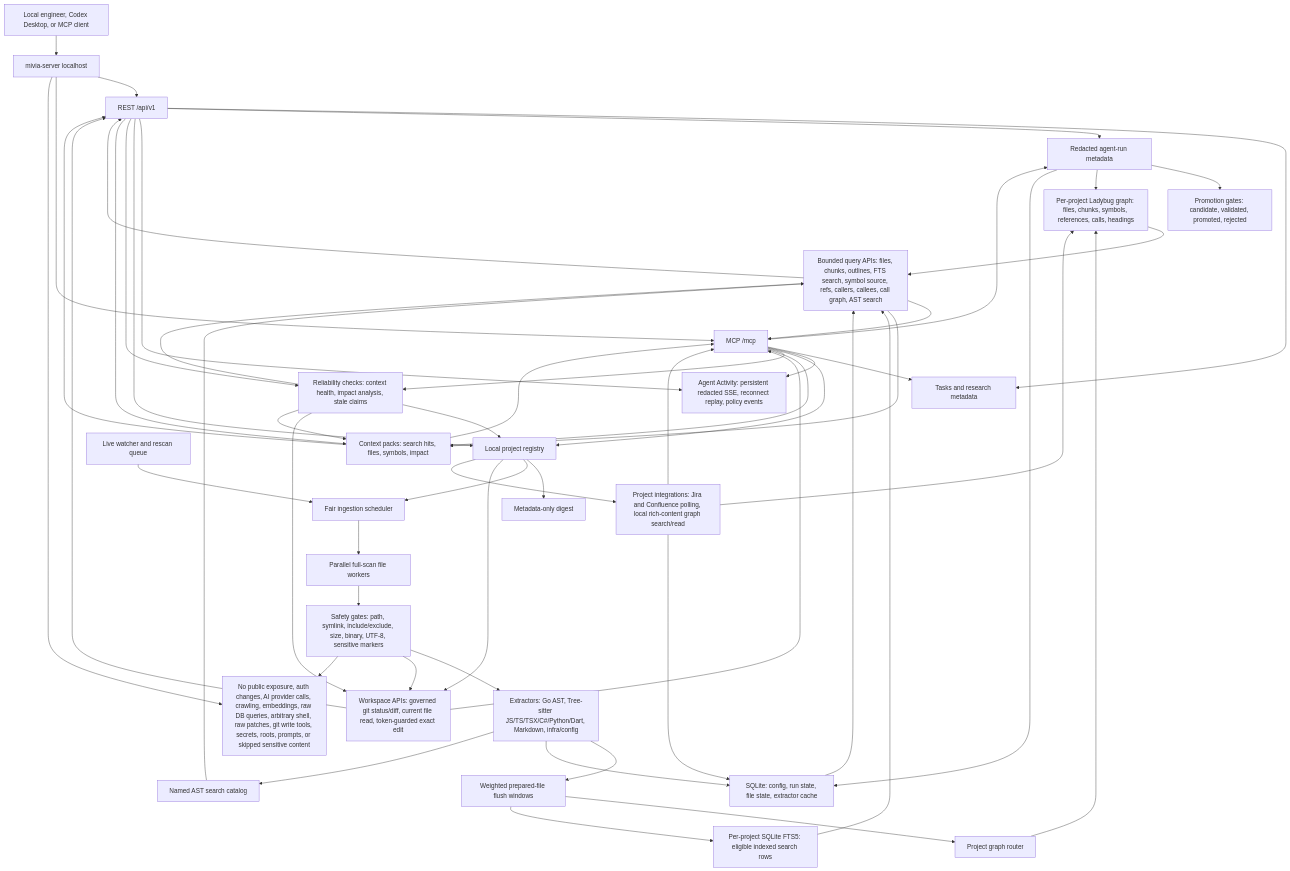
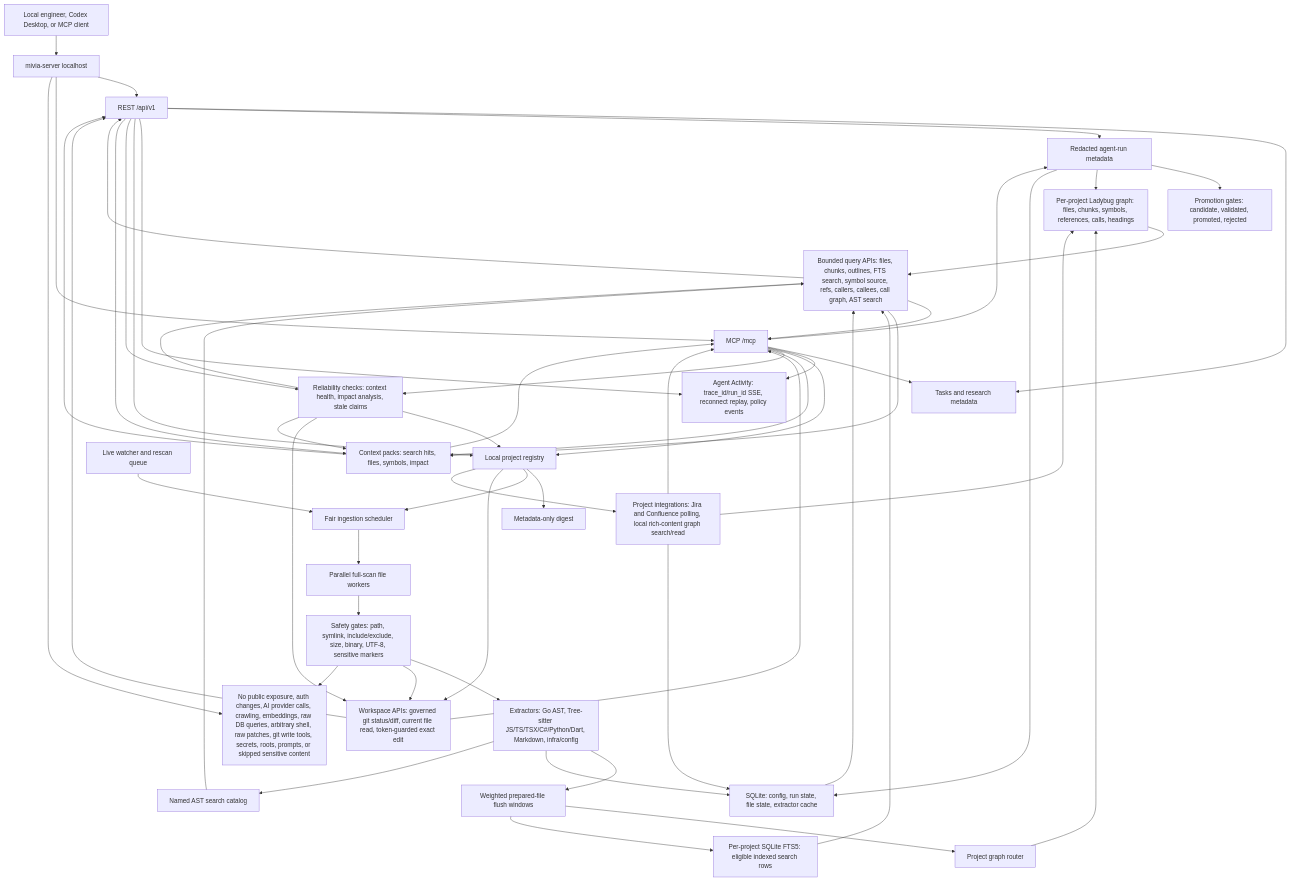
The first of 4 diagrams in README.md (MiviaLabs/go-mivia), drawn with Mermaid before and after one commit. The commit also changed other lines of this file and 16 other files, not shown here.

Commit message:
feat(agentactivity): correlate agent run traces

```diff
--- a/README.md
+++ b/README.md
@@ -28,7 +28,7 @@
   MCP["MCP /mcp"]
   Tasks["Tasks and research metadata"]
   AgentRuns["Redacted agent-run metadata"]
-  Activity["Agent Activity: persistent redacted SSE, reconnect replay, policy events"]
+  Activity["Agent Activity: trace_id/run_id SSE, reconnect replay, policy events"]
   Registry["Local project registry"]
   Reliability["Reliability checks: context health, impact analysis, stale claims"]
   ContextPack["Context packs: search hits, files, symbols, impact"]
```
